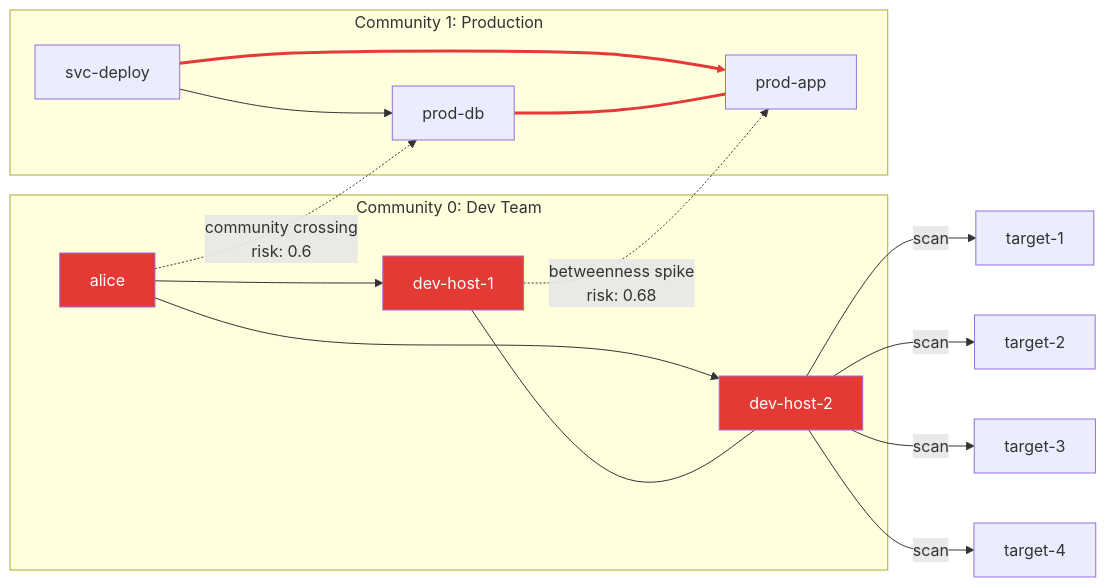
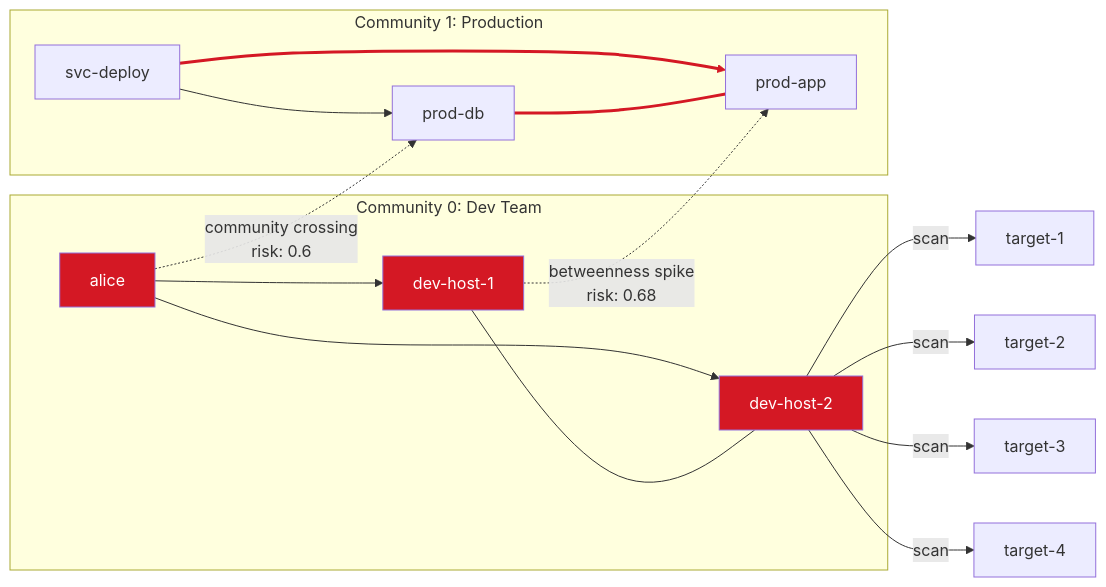
One commit to seerflow/seerflow-guide changed the sixth of 6 diagrams in docs/entity-graph/algorithms.md. Above: the diagram before and after it, drawn with Mermaid. The commit also changed other lines of this file and 9 other files, not shown here.

First line of the commit message:
fix(brand): recolor mermaid diagrams to brand palette

````diff
--- a/docs/entity-graph/algorithms.md
+++ b/docs/entity-graph/algorithms.md
@@ -157,27 +157,27 @@
 ```mermaid
 graph LR
     subgraph Community 0: Dev Team
         A1[alice] --> A2[dev-host-1]
         A1 --> A3[dev-host-2]
         A2 --- A3
     end
     subgraph Community 1: Production
         B1[svc-deploy] --> B2[prod-db]
         B1 --> B3[prod-app]
         B2 --- B3
     end
 
     A1 -.->|"community crossing<br/>risk: 0.6"| B2
     A2 -.->|"betweenness spike<br/>risk: 0.68"| B3
     A3 -->|scan| T1[target-1]
     A3 -->|scan| T2[target-2]
     A3 -->|scan| T3[target-3]
     A3 -->|scan| T4[target-4]
 
-    style A1 fill:#e53935,color:#fff
-    style A2 fill:#e53935,color:#fff
-    style A3 fill:#e53935,color:#fff
+    style A1 fill:#d41824,color:#fff
+    style A2 fill:#d41824,color:#fff
+    style A3 fill:#d41824,color:#fff
 
-    linkStyle 4 stroke:#e53935,stroke-width:3
-    linkStyle 5 stroke:#e53935,stroke-width:3
+    linkStyle 4 stroke:#d41824,stroke-width:3
+    linkStyle 5 stroke:#d41824,stroke-width:3
 ```
````
